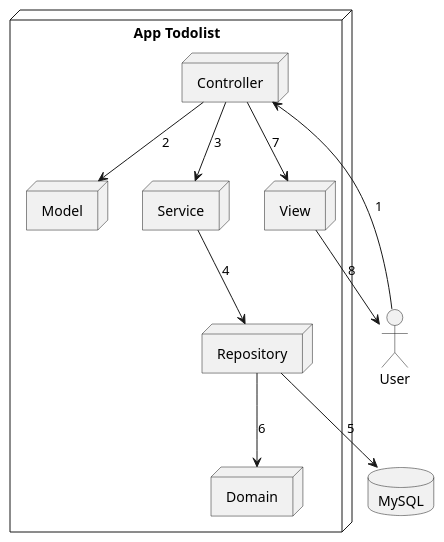
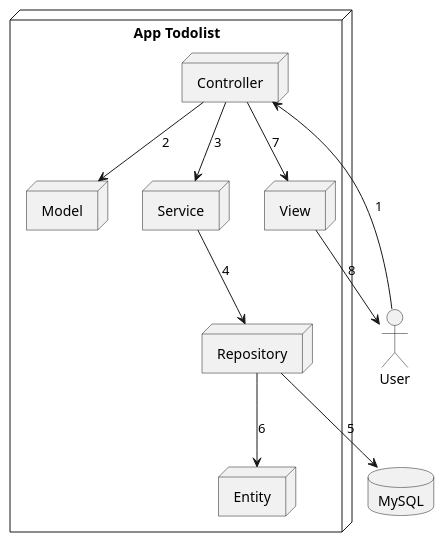
One commit to mizzcode/web-todolist changed the diagram in architecture.puml. Above: the diagram before and after it, drawn with PlantUML. The commit also changed 5363 other files, not shown here.

```diff
--- a/architecture.puml
+++ b/architecture.puml
@@ -1,25 +1,25 @@
 @startuml Todolist
 
 actor "User" as user
 
 node "App Todolist" {
     node "Model" as model
     node "View" as view
     node "Controller" as controller
     node "Service" as service
     node "Repository" as repository
-    node "Domain" as domain
+    node "Entity" as entity
     }
 
     database "MySQL" as mysql
 
     user --> controller :1
     controller --> model :2
     controller --> service :3
     service --> repository :4
     repository --> mysql :5
-    repository --> domain :6
+    repository --> entity :6
     controller --> view :7
     view --> user :8
 
 @enduml
```
